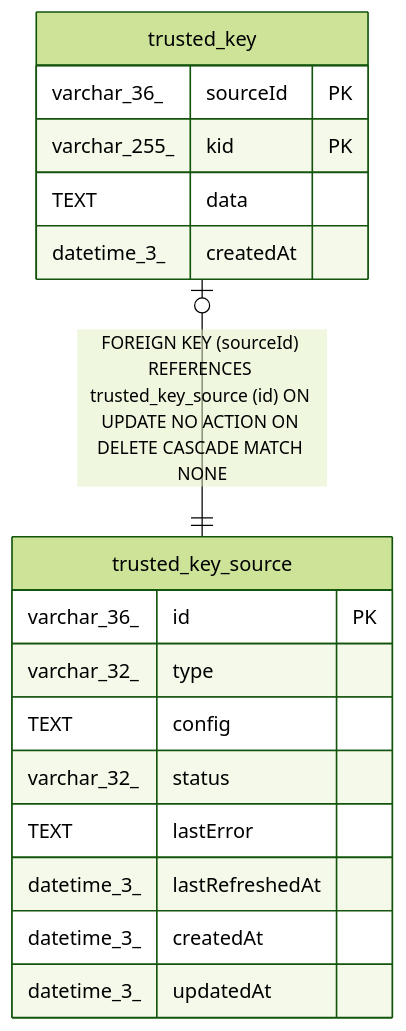
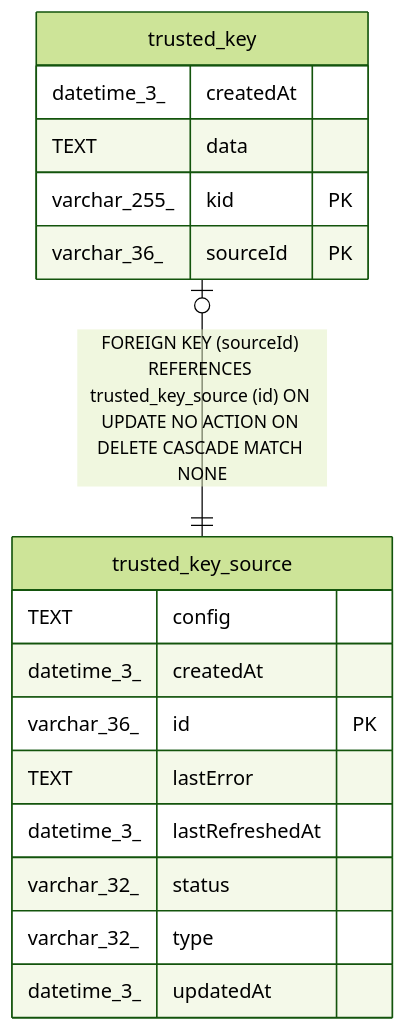
Before and after one commit to mayankjain1815-commits/n8n: the diagram in docs/generated/sqlite-schema/trusted_key_source.md, drawn with Mermaid (forest theme). The commit also changed other lines of this file and 221 other files, not shown here.

Commit message:
chore(core): Make DB schema docs generation deterministic (#32373)

````diff
--- a/docs/generated/sqlite-schema/trusted_key_source.md
+++ b/docs/generated/sqlite-schema/trusted_key_source.md
@@ -42,22 +42,22 @@
 ```mermaid
 erDiagram
 
 "trusted_key" |o--|| "trusted_key_source" : "FOREIGN KEY (sourceId) REFERENCES trusted_key_source (id) ON UPDATE NO ACTION ON DELETE CASCADE MATCH NONE"
 
 "trusted_key_source" {
+  TEXT config
+  datetime_3_ createdAt
   varchar_36_ id PK
-  varchar_32_ type
-  TEXT config
-  varchar_32_ status
   TEXT lastError
   datetime_3_ lastRefreshedAt
-  datetime_3_ createdAt
+  varchar_32_ status
+  varchar_32_ type
   datetime_3_ updatedAt
 }
 "trusted_key" {
+  datetime_3_ createdAt
+  TEXT data
+  varchar_255_ kid PK
   varchar_36_ sourceId PK
-  varchar_255_ kid PK
-  TEXT data
-  datetime_3_ createdAt
 }
 ```
````
